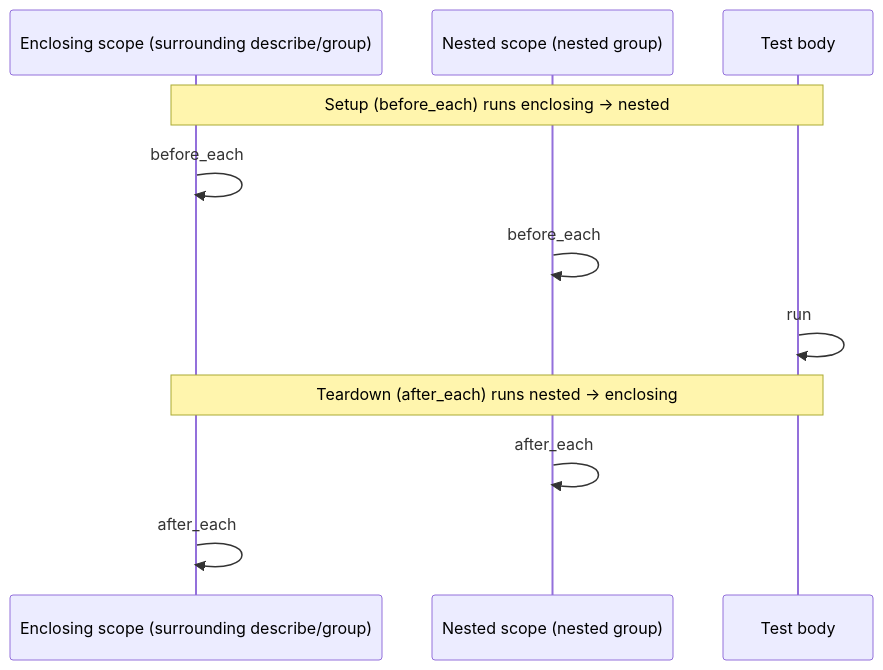
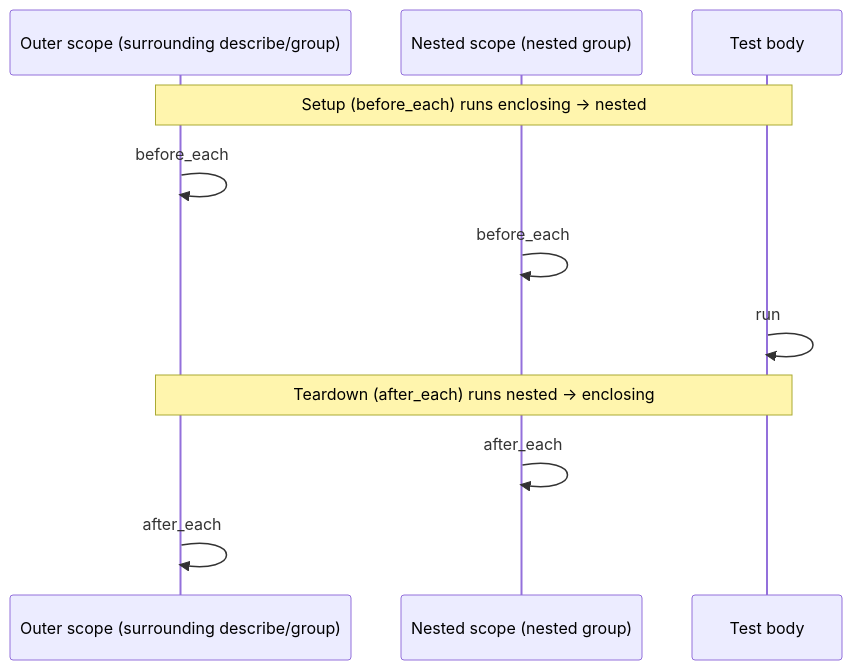
The diagram in documentation/06-lifecycle-hooks.md (TrustBound/dream_test), drawn with Mermaid before and after one commit. The commit also changed other lines of this file and 15 other files, not shown here.

````diff
--- a/documentation/06-lifecycle-hooks.md
+++ b/documentation/06-lifecycle-hooks.md
@@ -79,15 +79,15 @@
 ```mermaid
 sequenceDiagram
-  participant Enclosing as Enclosing scope (surrounding describe/group)
+  participant Enclosing as Outer scope (surrounding describe/group)
   participant Nested as Nested scope (nested group)
   participant Test as Test body
 
   Note over Enclosing,Test: Setup (before_each) runs enclosing → nested
   Enclosing->>Enclosing: before_each
   Nested->>Nested: before_each
   Test->>Test: run
 
   Note over Enclosing,Test: Teardown (after_each) runs nested → enclosing
   Nested->>Nested: after_each
   Enclosing->>Enclosing: after_each
 ```
````
